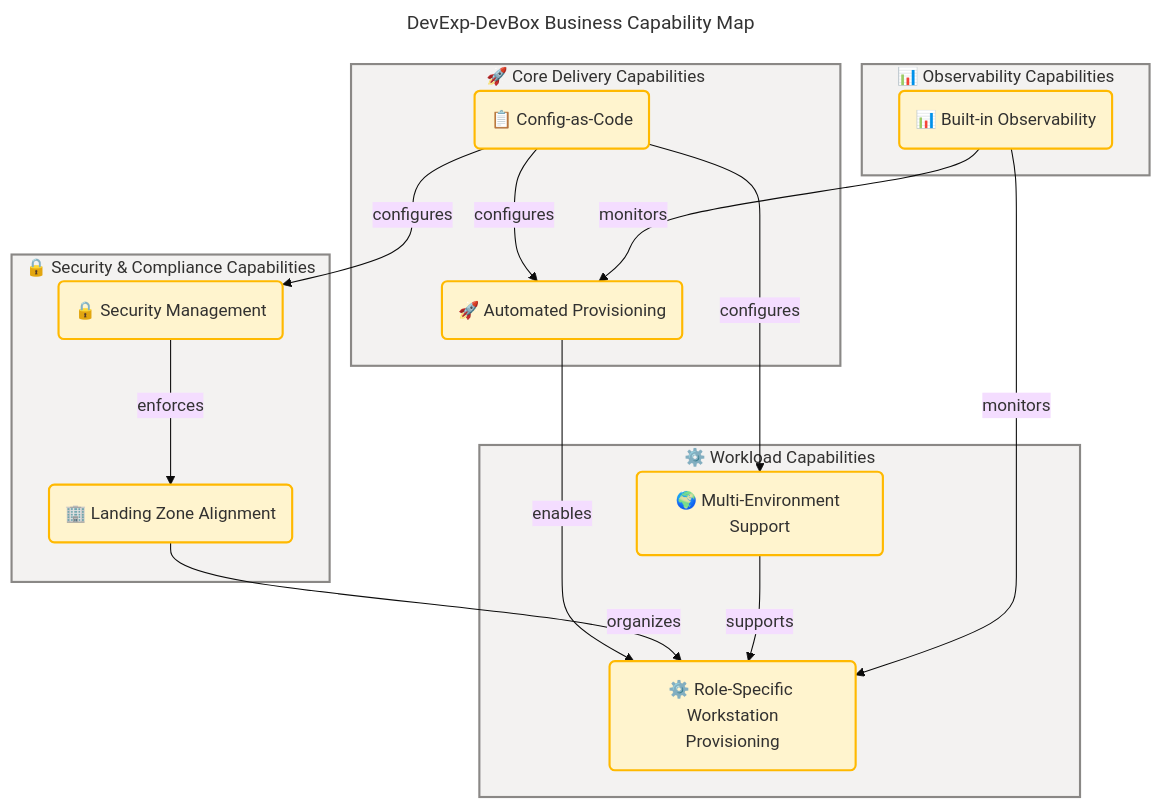
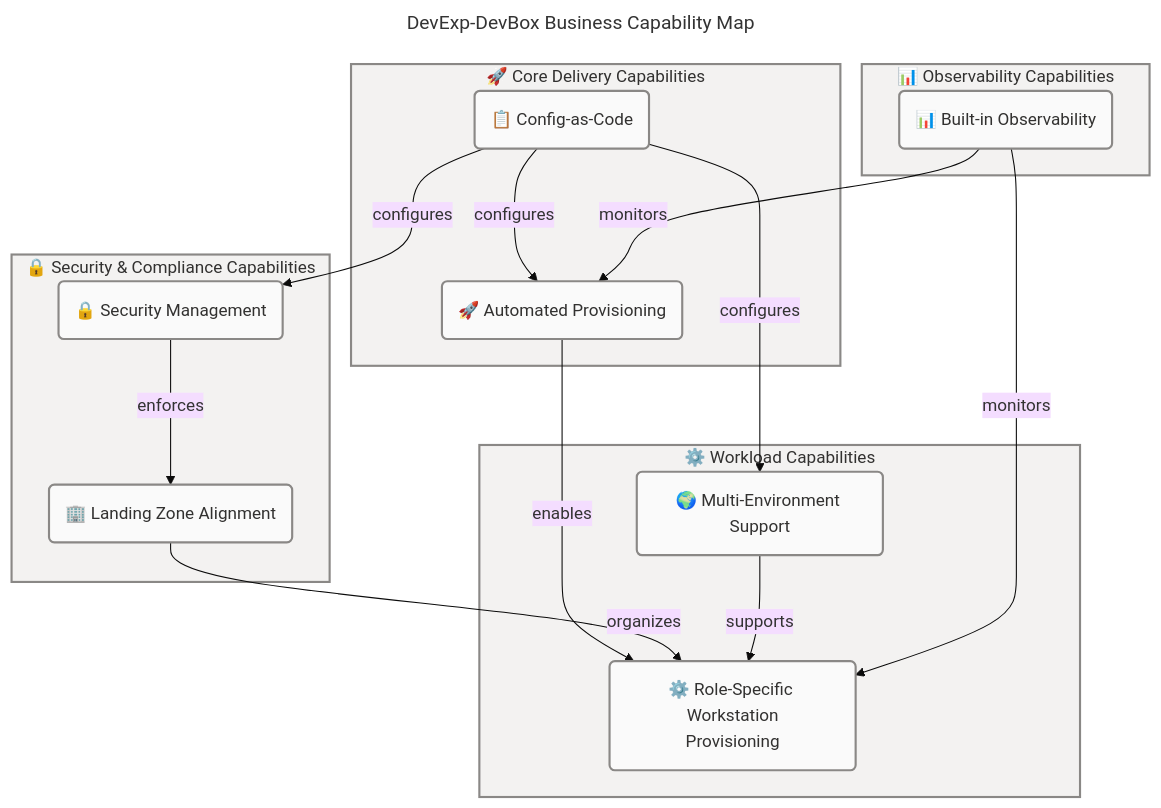
One commit to Evilazaro/DevExp-DevBox changed the first of 7 diagrams in docs/architecture/business-architecture.md. Above: the diagram before and after it, drawn with Mermaid. The commit also changed other lines of this file, not shown here.

Commit message:
refactor: update capability classifications to neutral for improved clarity in diagrams

````diff
--- a/docs/architecture/business-architecture.md
+++ b/docs/architecture/business-architecture.md
@@ -183,69 +183,63 @@
 ```mermaid
 ---
 title: "DevExp-DevBox Business Capability Map"
 config:
   theme: base
   look: classic
   layout: dagre
   themeVariables:
     fontSize: '16px'
   flowchart:
     htmlLabels: true
 ---
 flowchart TB
     accTitle: DevExp-DevBox Business Capability Map
     accDescr: Shows all seven business capabilities organized by domain with dependencies and platform integration.
 
     %% ═══════════════════════════════════════════════════════════════════════════
     %% AZURE / FLUENT ARCHITECTURE PATTERN v1.1
     %% (Semantic + Structural + Font + Accessibility Governance)
     %% ═══════════════════════════════════════════════════════════════════════════
     %% PHASE 1 - FLUENT UI: All styling uses approved Fluent UI palette only
     %% PHASE 2 - GROUPS: Every subgraph has semantic color via style directive
     %% PHASE 3 - COMPONENTS: Every node has semantic classDef + icon prefix
     %% PHASE 4 - ACCESSIBILITY: accTitle/accDescr present, WCAG AA contrast
     %% PHASE 5 - STANDARD: Governance block present, classDefs centralized
     %% ═══════════════════════════════════════════════════════════════════════════
 
     subgraph coreDelivery["🚀 Core Delivery Capabilities"]
-        AP("🚀 Automated Provisioning"):::warning
-        CAC("📋 Config-as-Code"):::warning
+        AP("🚀 Automated Provisioning"):::neutral
+        CAC("📋 Config-as-Code"):::neutral
     end
 
     subgraph security["🔒 Security & Compliance Capabilities"]
-        SM("🔒 Security Management"):::warning
-        LZA("🏢 Landing Zone Alignment"):::warning
+        SM("🔒 Security Management"):::neutral
+        LZA("🏢 Landing Zone Alignment"):::neutral
     end
 
     subgraph workload["⚙️ Workload Capabilities"]
-        RSWP("⚙️ Role-Specific Workstation<br>Provisioning"):::warning
-        MES("🌍 Multi-Environment Support"):::warning
+        RSWP("⚙️ Role-Specific Workstation<br>Provisioning"):::neutral
+        MES("🌍 Multi-Environment Support"):::neutral
     end
 
     subgraph observability["📊 Observability Capabilities"]
-        BO("📊 Built-in Observability"):::warning
+        BO("📊 Built-in Observability"):::neutral
     end
 
     AP -->|"enables"| RSWP
     CAC -->|"configures"| AP
     CAC -->|"configures"| SM
     CAC -->|"configures"| MES
     SM -->|"enforces"| LZA
     LZA -->|"organizes"| RSWP
     MES -->|"supports"| RSWP
     BO -->|"monitors"| AP
     BO -->|"monitors"| RSWP
 
     style coreDelivery fill:#F3F2F1,stroke:#8A8886,stroke-width:2px,color:#323130
     style security fill:#F3F2F1,stroke:#8A8886,stroke-width:2px,color:#323130
     style workload fill:#F3F2F1,stroke:#8A8886,stroke-width:2px,color:#323130
     style observability fill:#F3F2F1,stroke:#8A8886,stroke-width:2px,color:#323130
 
     classDef neutral fill:#FAFAFA,stroke:#8A8886,stroke-width:2px,color:#323130
-    classDef core fill:#EFF6FC,stroke:#0078D4,stroke-width:2px,color:#323130
-    classDef success fill:#DFF6DD,stroke:#107C10,stroke-width:2px,color:#323130
-    classDef warning fill:#FFF4CE,stroke:#FFB900,stroke-width:2px,color:#323130
-    classDef danger fill:#FDE7E9,stroke:#D13438,stroke-width:2px,color:#323130
-    classDef data fill:#F0E6FA,stroke:#8764B8,stroke-width:2px,color:#323130
-    classDef external fill:#E0F7F7,stroke:#038387,stroke-width:2px,color:#323130
 ```
````
